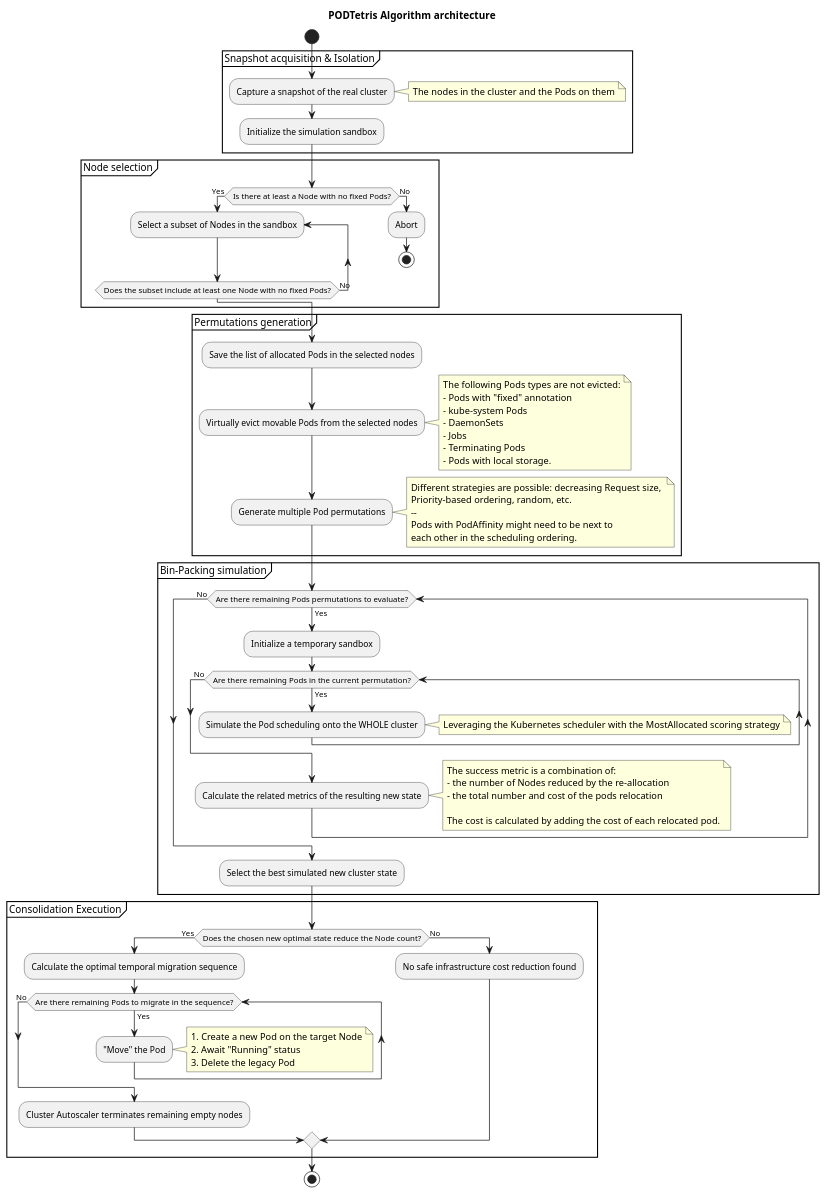
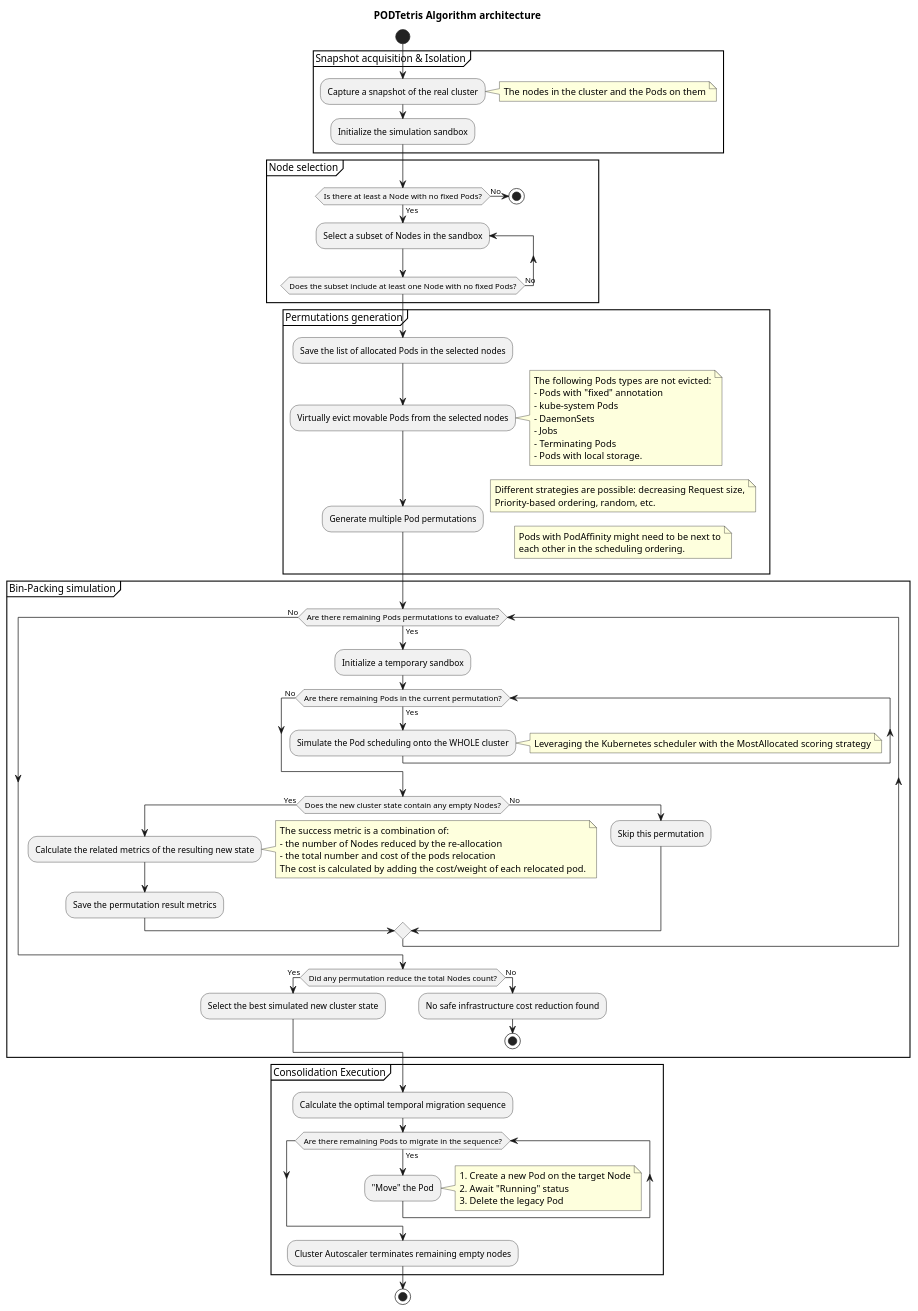
One commit to andreabuon/podtetris changed the diagram in docs/algorithm-plantUML.puml. Above: the diagram before and after it, drawn with PlantUML.

Commit message:
docs(plantUML): refine notes and clarify metrics calculation in algorithm documentation

```diff
--- a/docs/algorithm-plantUML.puml
+++ b/docs/algorithm-plantUML.puml
@@ -1,88 +1,95 @@
 @startuml PODTetris
 
 title PODTetris Algorithm architecture
 
 start
 
 partition "Snapshot acquisition & Isolation" {
     :Capture a snapshot of the real cluster;
     note right: The nodes in the cluster and the Pods on them
     :Initialize the simulation sandbox;
 }
 
 partition "Node selection" {
     if (Is there at least a Node with no fixed Pods?) then (Yes)
         repeat :Select a subset of Nodes in the sandbox;
         note right: e.g., the N=5 least-allocated Nodes
-    repeat while (Does the subset include at least one Node with no fixed Pods?) is (No)
+        repeat while (Does the subset include at least one Node with no fixed Pods?) is (No)
     else (No)
-        :Abort;
         stop
     endif
 }
 
 partition "Permutations generation" {
     :Save the list of allocated Pods in the selected nodes;
     :Virtually evict movable Pods from the selected nodes;
     note right
         The following Pods types are not evicted:
         - Pods with "fixed" annotation
         - kube-system Pods
         - DaemonSets
         - Jobs
         - Terminating Pods
         - Pods with local storage.
     end note
-    
+
     :Generate multiple Pod permutations;
     note right
-        Different strategies are possible: decreasing Request size, 
+        Different strategies are possible: decreasing Request size,
         Priority-based ordering, random, etc.
-        --
-        Pods with PodAffinity might need to be next to 
+    end note
+    note right
+        Pods with PodAffinity might need to be next to
         each other in the scheduling ordering.
     end note
 }
 
 partition "Bin-Packing simulation" {
     while (Are there remaining Pods permutations to evaluate?) is (Yes)
         :Initialize a temporary sandbox;
         while (Are there remaining Pods in the current permutation?) is (Yes)
             :Simulate the Pod scheduling onto the WHOLE cluster;
             note right: Leveraging the Kubernetes scheduler with the MostAllocated scoring strategy
         endwhile (No)
-        
-        :Calculate the related metrics of the resulting new state;
-        note right
-            The success metric is a combination of:
-            - the number of Nodes reduced by the re-allocation
-            - the total number and cost of the pods relocation
-            
-            The cost is calculated by adding the cost of each relocated pod.
-        end note
+
+        if (Does the new cluster state contain any empty Nodes?) then (Yes)
+            :Calculate the related metrics of the resulting new state;
+            note right
+                The success metric is a combination of:
+                - the number of Nodes reduced by the re-allocation
+                - the total number and cost of the pods relocation
+                The cost is calculated by adding the cost/weight of each relocated pod.
+            end note
+            :Save the permutation result metrics;
+        else (No)
+            :Skip this permutation;
+        endif
+
     endwhile (No)
 
-    :Select the best simulated new cluster state;
+    if (Did any permutation reduce the total Nodes count?) then (Yes)
+        :Select the best simulated new cluster state;
+    else (No)
+        :No safe infrastructure cost reduction found;
+        stop
+    endif
+
 }
 
 partition "Consolidation Execution" {
-    if (Does the chosen new optimal state reduce the Node count?) then (Yes)
-        :Calculate the optimal temporal migration sequence;
+    :Calculate the optimal temporal migration sequence;
 
-        while (Are there remaining Pods to migrate in the sequence?) is (Yes)
-            :"Move" the Pod;
-            note right
-                1. Create a new Pod on the target Node
-                2. Await "Running" status
-                3. Delete the legacy Pod
-            end note
-        endwhile (No)
+    while (Are there remaining Pods to migrate in the sequence?) is (Yes)
+        :"Move" the Pod;
+        note right
+            1. Create a new Pod on the target Node
+            2. Await "Running" status
+            3. Delete the legacy Pod
+        end note
+    endwhile
 
-        :Cluster Autoscaler terminates remaining empty nodes;
-    else (No)
-        :No safe infrastructure cost reduction found;
-    endif
+    :Cluster Autoscaler terminates remaining empty nodes;
 }
 
 stop
 @enduml
```
